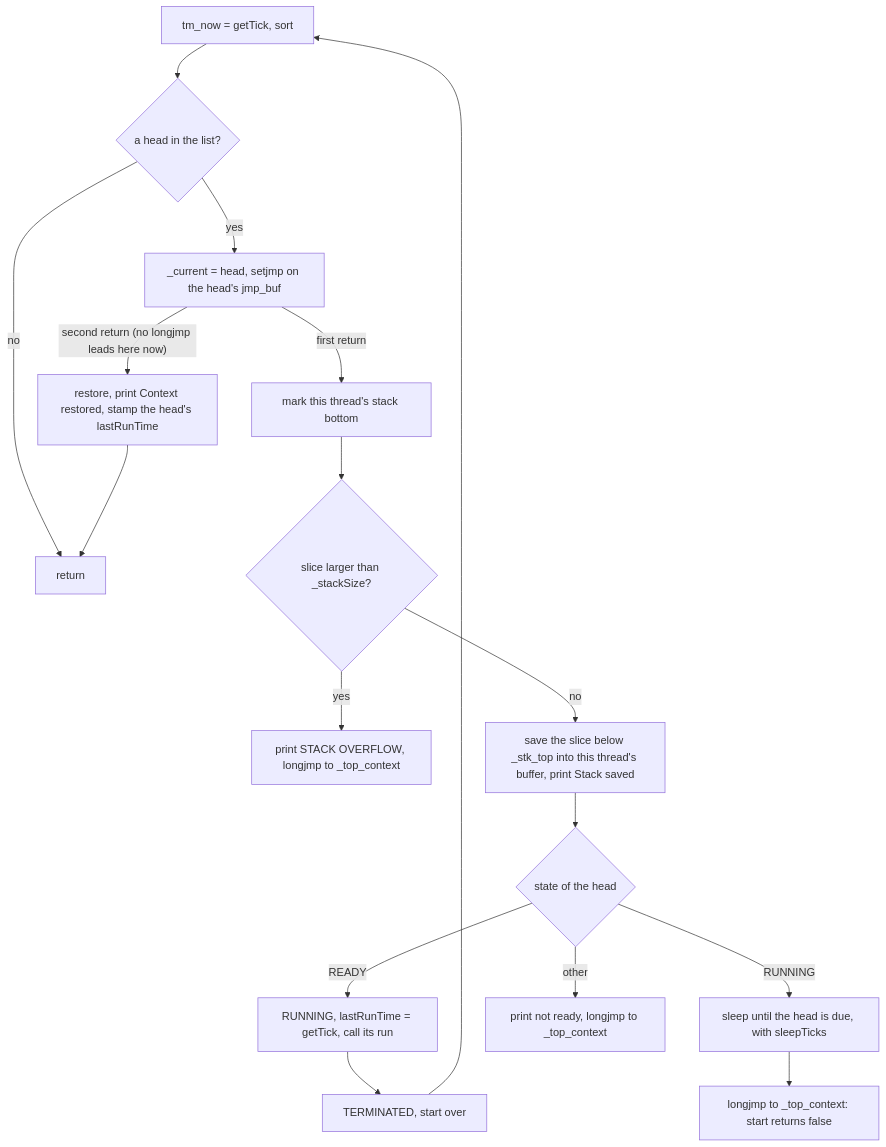
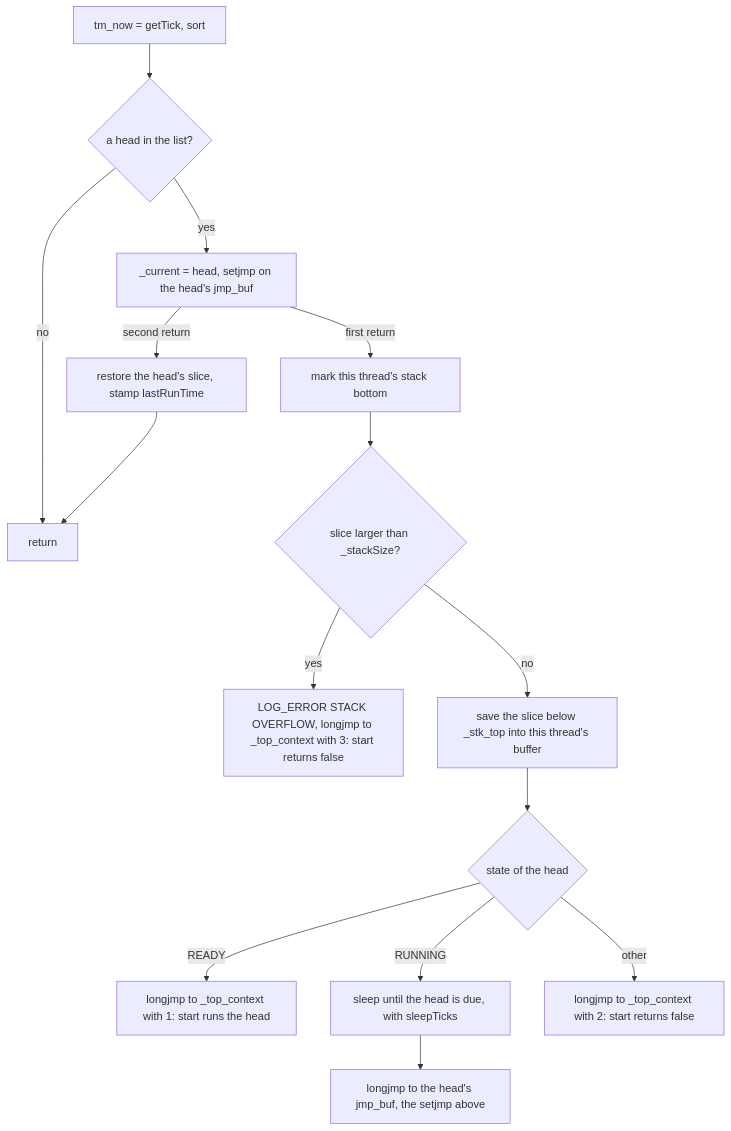
The seventh of 8 diagrams in spec.md (solariun/atomicx2), drawn with Mermaid before and after one commit. The commit also changed other lines of this file and 5 other files, not shown here.

````diff
--- a/spec.md
+++ b/spec.md
@@ -551,19 +564,17 @@
 ```mermaid
 flowchart TD
     a["tm_now = getTick, sort"] --> b{"a head in the list?"}
     b -->|no| z["return"]
     b -->|yes| c["_current = head, setjmp on the head's jmp_buf"]
     c -->|first return| d["mark this thread's stack bottom"]
     d --> o{"slice larger than _stackSize?"}
-    o -->|yes| s["print STACK OVERFLOW, longjmp to _top_context"]
-    o -->|no| v["save the slice below _stk_top into this thread's buffer, print Stack saved"]
+    o -->|yes| s["LOG_ERROR STACK OVERFLOW, longjmp to _top_context with 3: start returns false"]
+    o -->|no| v["save the slice below _stk_top into this thread's buffer"]
     v --> e{"state of the head"}
-    e -->|READY| g["RUNNING, lastRunTime = getTick, call its run"]
-    g --> h["TERMINATED, start over"]
-    h --> a
+    e -->|READY| g["longjmp to _top_context with 1: start runs the head"]
     e -->|RUNNING| w["sleep until the head is due, with sleepTicks"]
-    w --> j["longjmp to _top_context: start returns false"]
-    e -->|other| x["print not ready, longjmp to _top_context"]
-    c -->|"second return (no longjmp leads here now)"| k["restore, print Context restored, stamp the head's lastRunTime"]
+    w --> j["longjmp to the head's jmp_buf, the setjmp above"]
+    e -->|other| x["longjmp to _top_context with 2: start returns false"]
+    c -->|"second return"| k["restore the head's slice, stamp lastRunTime"]
     k --> z
 ```
````
